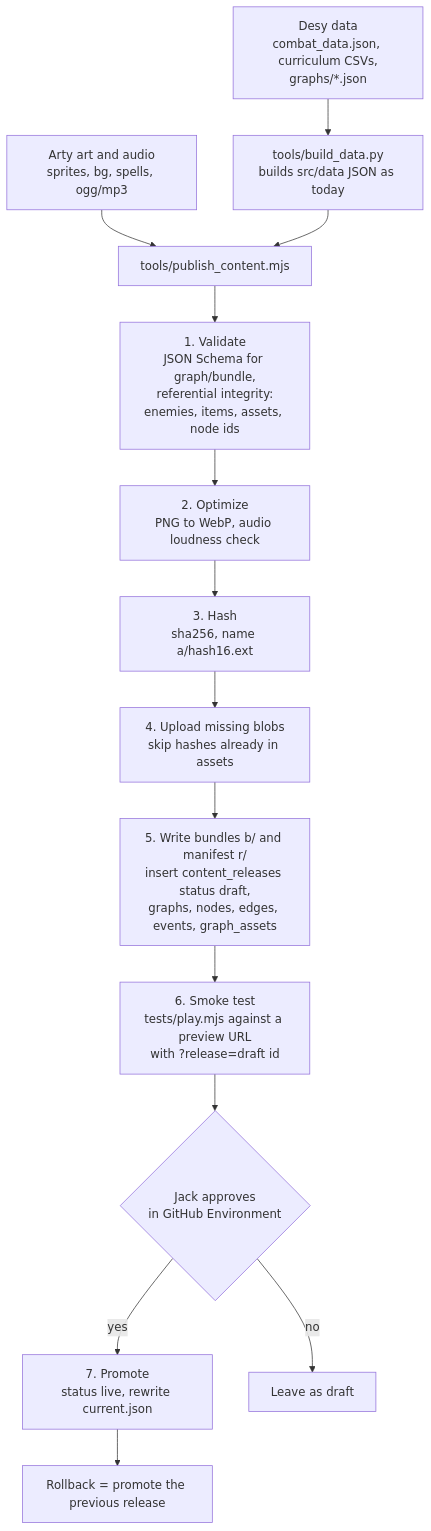
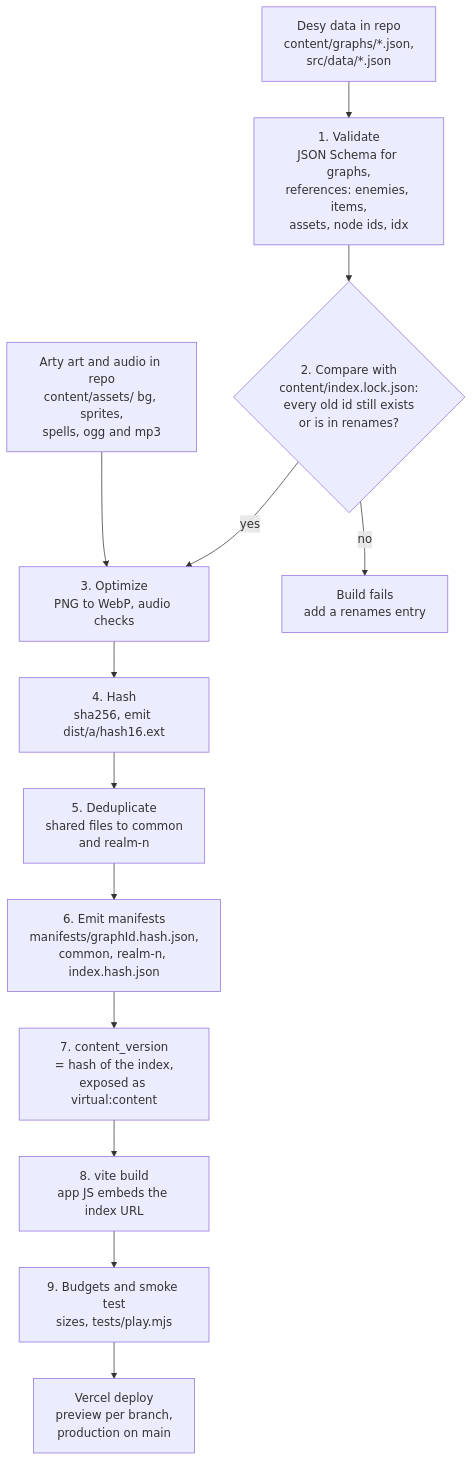
The fourth of 5 diagrams in docs/architecture.md (zenjax7/chinese-rpg), drawn with Mermaid before and after one commit. The commit also changed other lines of this file and 1 other file, not shown here.

First line of the commit message:
docs(architecture): approved $0 stack (Vercel Hobby + Neon + Auth.js Google), static CDN content, DAL instead of RLS, dialogue and quest hooks

````diff
--- a/docs/architecture.md
+++ b/docs/architecture.md
@@ -924,16 +1017,17 @@
 ```mermaid
 flowchart TD
-  A["Desy data<br/>combat_data.json, curriculum CSVs,<br/>graphs/*.json"] --> B["tools/build_data.py<br/>builds src/data JSON as today"]
-  A2["Arty art and audio<br/>sprites, bg, spells, ogg/mp3"] --> C
-  B --> C["tools/publish_content.mjs"]
-  C --> D["1. Validate<br/>JSON Schema for graph/bundle,<br/>referential integrity:<br/>enemies, items, assets, node ids"]
-  D --> E["2. Optimize<br/>PNG to WebP, audio loudness check"]
-  E --> F["3. Hash<br/>sha256, name a/hash16.ext"]
-  F --> G["4. Upload missing blobs<br/>skip hashes already in assets"]
-  G --> H["5. Write bundles b/ and manifest r/<br/>insert content_releases status draft,<br/>graphs, nodes, edges, events, graph_assets"]
-  H --> I["6. Smoke test<br/>tests/play.mjs against a preview URL<br/>with ?release=draft id"]
-  I --> J{"Jack approves<br/>in GitHub Environment"}
-  J -->|yes| K["7. Promote<br/>status live, rewrite current.json"]
-  J -->|no| L["Leave as draft"]
-  K --> M["Rollback = promote the previous release"]
+  A["Desy data in repo<br/>content/graphs/*.json,<br/>src/data/*.json"] --> V
+  A2["Arty art and audio in repo<br/>content/assets/ bg, sprites,<br/>spells, ogg and mp3"] --> O
+  V["1. Validate<br/>JSON Schema for graphs,<br/>references: enemies, items,<br/>assets, node ids, idx"] --> R
+  R{"2. Compare with<br/>content/index.lock.json:<br/>every old id still exists<br/>or is in renames?"}
+  R -->|no| FAIL["Build fails<br/>add a renames entry"]
+  R -->|yes| O
+  O["3. Optimize<br/>PNG to WebP, audio checks"] --> H
+  H["4. Hash<br/>sha256, emit dist/a/hash16.ext"] --> D
+  D["5. Deduplicate<br/>shared files to common<br/>and realm-n"] --> M
+  M["6. Emit manifests<br/>manifests/graphId.hash.json,<br/>common, realm-n, index.hash.json"] --> C
+  C["7. content_version<br/>= hash of the index,<br/>exposed as virtual:content"] --> B
+  B["8. vite build<br/>app JS embeds the index URL"] --> S
+  S["9. Budgets and smoke test<br/>sizes, tests/play.mjs"] --> DEP
+  DEP["Vercel deploy<br/>preview per branch,<br/>production on main"]
 ```
````
